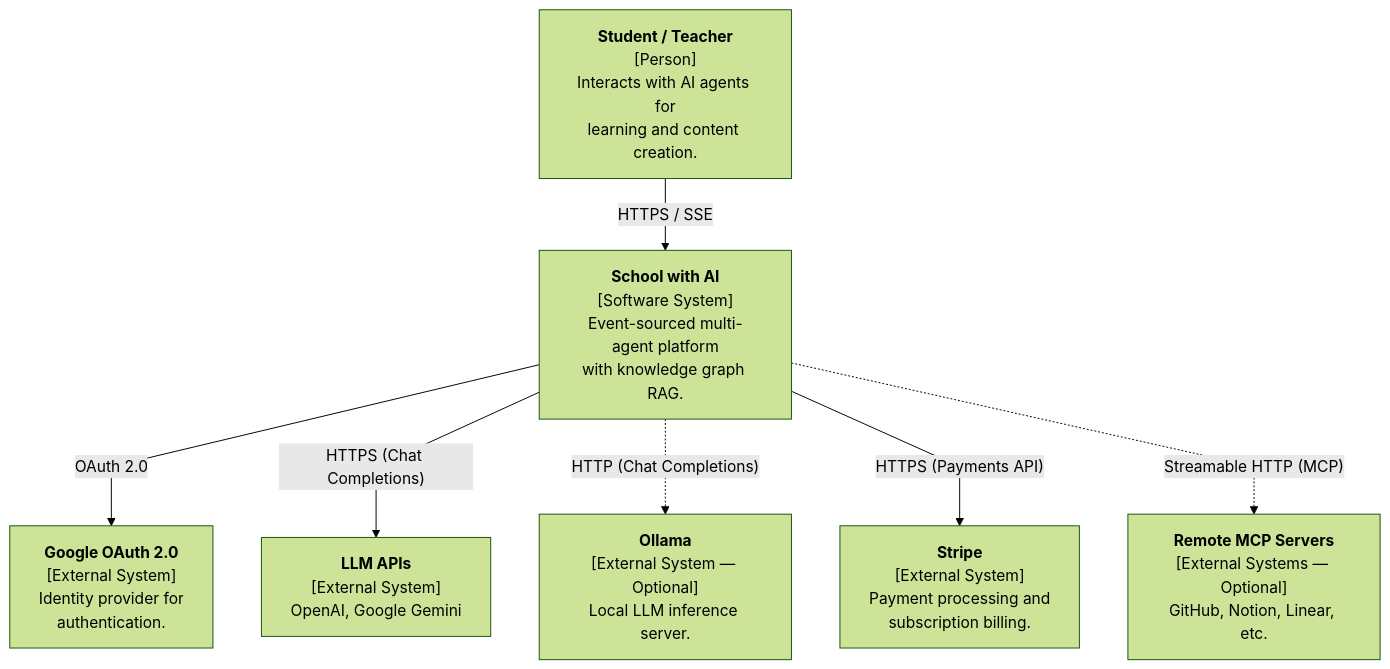
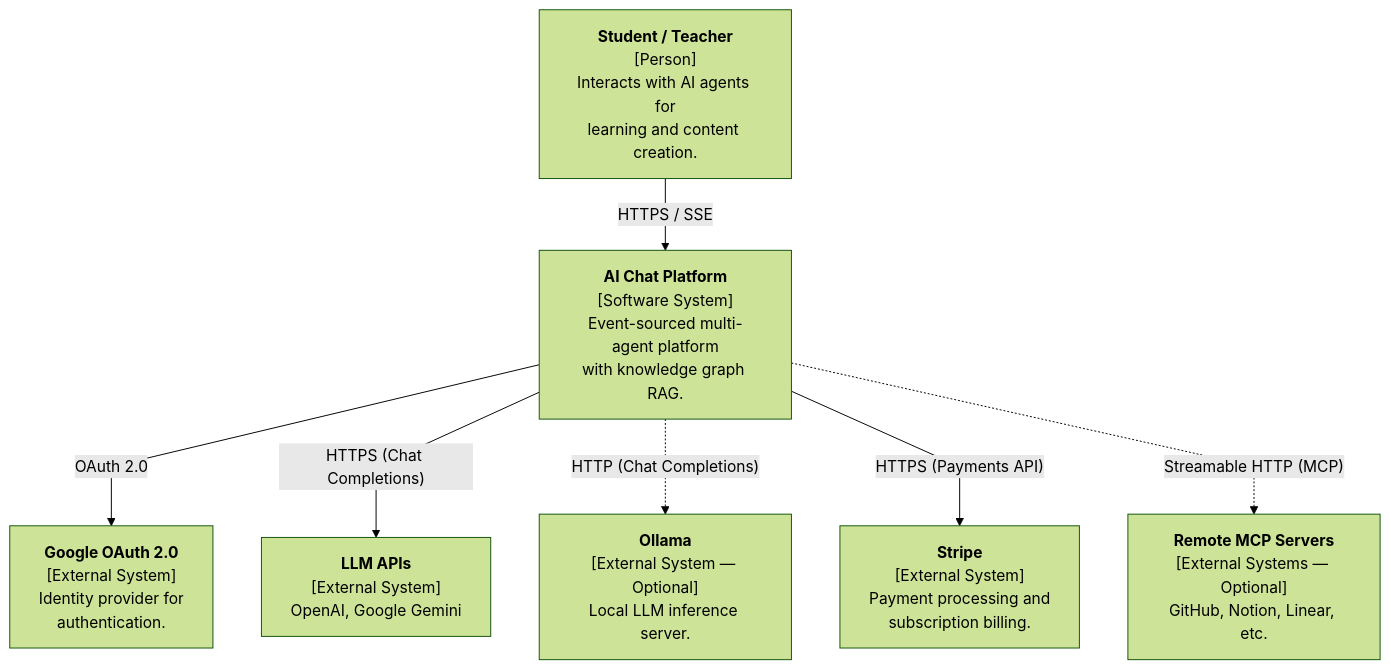
One commit to MKAPersonalOrganization/AgenticWorkflowPlatform changed the first of 3 diagrams in README.md. Above: the diagram before and after it, drawn with Mermaid (forest theme). The commit also changed other lines of this file and 45 other files, not shown here.

````diff
--- a/README.md
+++ b/README.md
@@ -13,20 +13,20 @@
 ```mermaid
 %%{init: {'flowchart': {'curve': 'linear'}}}%%
 graph TB
     User["<b>Student / Teacher</b><br/>[Person]<br/>Interacts with AI agents for<br/>learning and content creation."]
 
-    System["<b>School with AI</b><br/>[Software System]<br/>Event-sourced multi-agent platform<br/>with knowledge graph RAG."]
+    System["<b>AI Chat Platform</b><br/>[Software System]<br/>Event-sourced multi-agent platform<br/>with knowledge graph RAG."]
 
     GoogleOAuth["<b>Google OAuth 2.0</b><br/>[External System]<br/>Identity provider for<br/>authentication."]
     LLMAPIs["<b>LLM APIs</b><br/>[External System]<br/>OpenAI, Google Gemini"]
     Ollama["<b>Ollama</b><br/>[External System — Optional]<br/>Local LLM inference server."]
     Stripe["<b>Stripe</b><br/>[External System]<br/>Payment processing and<br/>subscription billing."]
     MCPServers["<b>Remote MCP Servers</b><br/>[External Systems — Optional]<br/>GitHub, Notion, Linear, etc."]
 
     User -->|"HTTPS / SSE"| System
     System -->|"OAuth 2.0"| GoogleOAuth
     System -->|"HTTPS (Chat Completions)"| LLMAPIs
     System -.->|"HTTP (Chat Completions)"| Ollama
     System -->|"HTTPS (Payments API)"| Stripe
     System -.->|"Streamable HTTP (MCP)"| MCPServers
 ```
````
